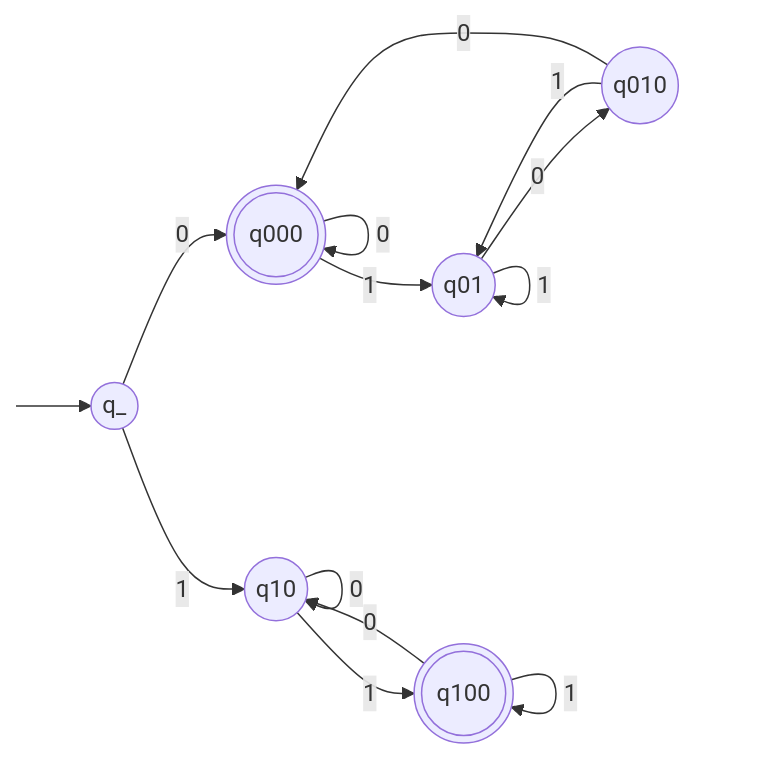
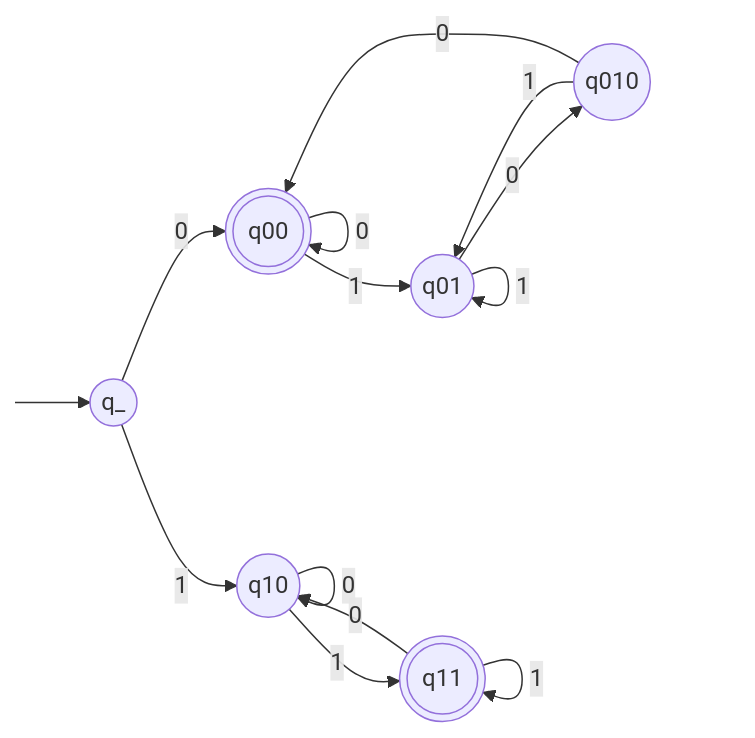
The diagram in sem3/TIN/UE/bf/TI-bf-u04.md (bfeitknecht/vault), drawn with Mermaid before and after one commit. The commit also changed other lines of this file, not shown here.

Commit message:
backup: 2024-10-15T16:54:35+02:00 from MacBook Pro (echo)
Affected files:
sem3/TIN/UE/bf/TI-bf-u04.md

````diff
--- a/sem3/TIN/UE/bf/TI-bf-u04.md
+++ b/sem3/TIN/UE/bf/TI-bf-u04.md
@@ -12,32 +12,31 @@
 ```mermaid
 flowchart LR
 
 classDef hidden display: none;
 
 S:::hidden
 
 q_((q_))
-q000(((q000)))
+q00(((q00)))
 q01((q01))
 q010((q010))
 q10((q10))
-q100(((q100)))
+q11(((q11)))
 
 
 S --> q_
-q_ -->|"0"| q000
+q_ -->|"0"| q00
 q_ -->|"1"| q10
 
-q000 -->|"0"| q000
-q000 -->|"1"| q01
+q00 -->|"0"| q00
+q00 -->|"1"| q01
 q01 -->|"1"| q01
 q01 -->|"0"| q010
 q010 -->|"1"| q01
-q010 -->|"0"| q000
+q010 -->|"0"| q00
 
-q10 -->|"1"| q100
-q100 -->|"1"| q100
-q100 -->|"0"| q10
+q10 -->|"1"| q11
+q11 -->|"1"| q11
+q11 -->|"0"| q10
 q10 -->|"0"| q10
-
 ```
````
